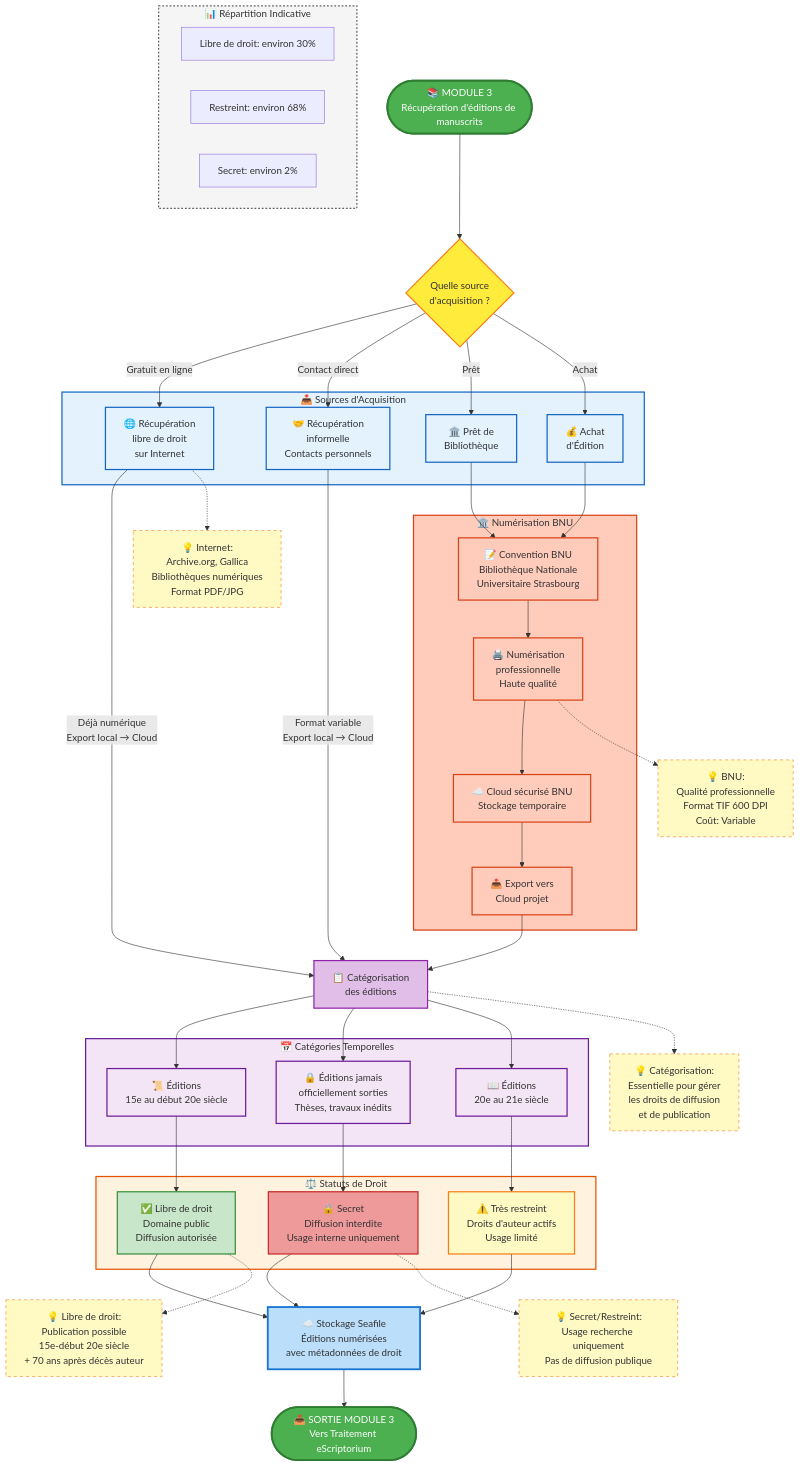
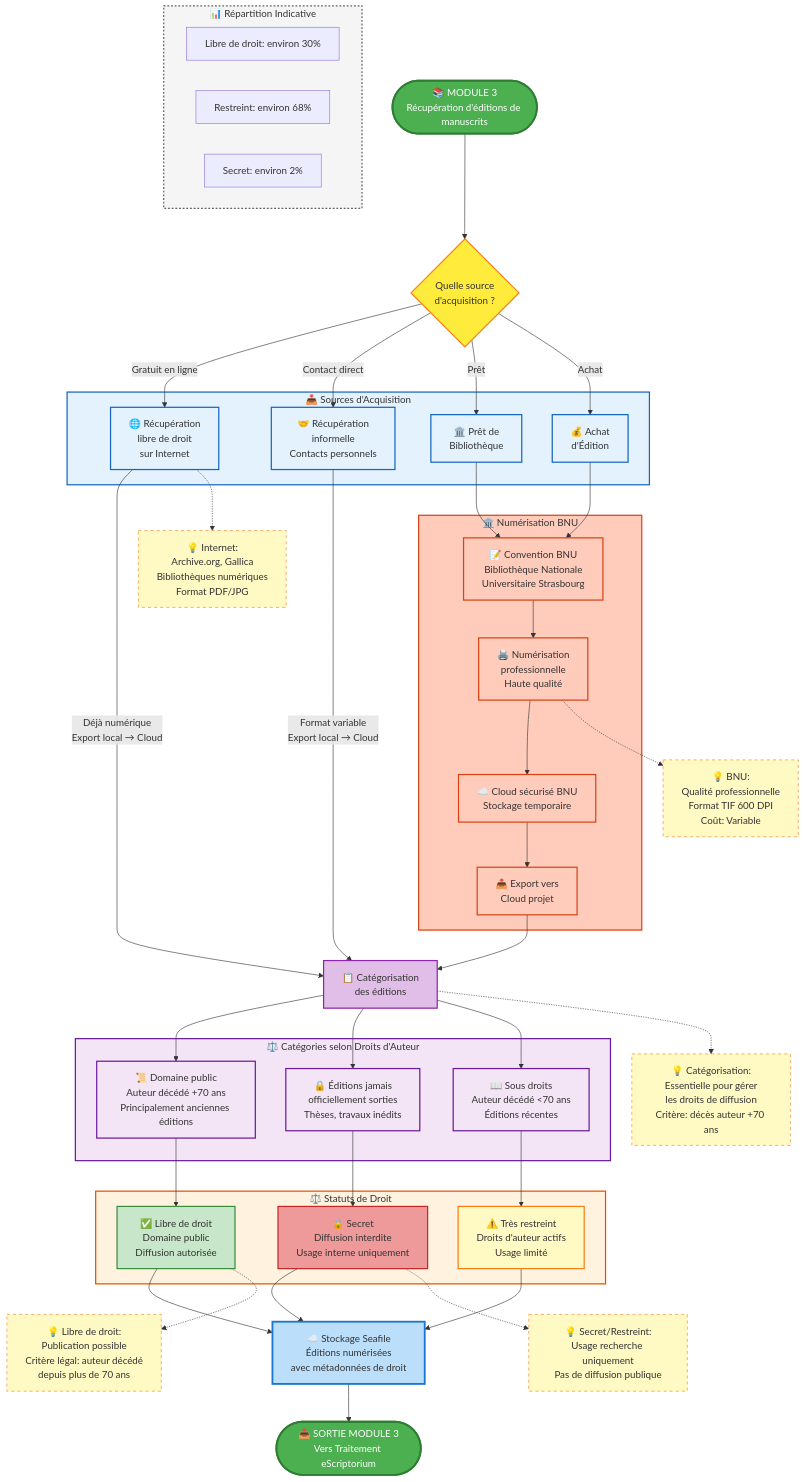
The diagram in Modules_projet/Module_3/flowchart-module3.mmd (TitouanCiSaMe/CiSaMe), drawn with Mermaid before and after one commit. The commit also changed 5 other files, not shown here.

```diff
--- a/Modules_projet/Module_3/flowchart-module3.mmd
+++ b/Modules_projet/Module_3/flowchart-module3.mmd
@@ -1,152 +1,152 @@
 flowchart TD
     %% ========================================
     %% MODULE 3 - RÉCUPÉRATION D'ÉDITIONS
     %% ========================================
 
     START([📚 MODULE 3<br/>Récupération d'éditions de manuscrits])
 
     %% ========================================
     %% DÉCISION PRINCIPALE
     %% ========================================
     DECISION{Quelle source<br/>d'acquisition ?}
 
     START --> DECISION
 
     %% ========================================
     %% SOURCES D'ACQUISITION
     %% ========================================
     subgraph SOURCES [📥 Sources d'Acquisition]
         LIBRE[🌐 Récupération<br/>libre de droit<br/>sur Internet]
         INFORMEL[🤝 Récupération<br/>informelle<br/>Contacts personnels]
         PRET[🏛️ Prêt de<br/>Bibliothèque]
         ACHAT[💰 Achat<br/>d'Édition]
     end
 
     DECISION -->|Gratuit en ligne| LIBRE
     DECISION -->|Contact direct| INFORMEL
     DECISION -->|Prêt| PRET
     DECISION -->|Achat| ACHAT
 
     %% ========================================
     %% NUMÉRISATION BNU
     %% ========================================
     subgraph BNU_FLOW [🏛️ Numérisation BNU]
         BNU_CONVENTION[📝 Convention BNU<br/>Bibliothèque Nationale<br/>Universitaire Strasbourg]
         BNU_SCAN[🖨️ Numérisation<br/>professionnelle<br/>Haute qualité]
         BNU_CLOUD[☁️ Cloud sécurisé BNU<br/>Stockage temporaire]
         BNU_EXPORT[📤 Export vers<br/>Cloud projet]
 
         BNU_CONVENTION --> BNU_SCAN
         BNU_SCAN --> BNU_CLOUD
         BNU_CLOUD --> BNU_EXPORT
     end
 
     %% ========================================
     %% CATÉGORISATION
     %% ========================================
     CATEGORISATION[📋 Catégorisation<br/>des éditions]
 
-    subgraph CATEGORIES [📅 Catégories Temporelles]
-        CAT_15_20[📜 Éditions<br/>15e au début 20e siècle]
+    subgraph CATEGORIES [⚖️ Catégories selon Droits d'Auteur]
+        CAT_15_20[📜 Domaine public<br/>Auteur décédé +70 ans<br/>Principalement anciennes éditions]
         CAT_JAMAIS[🔒 Éditions jamais<br/>officiellement sorties<br/>Thèses, travaux inédits]
-        CAT_20_21[📖 Éditions<br/>20e au 21e siècle]
+        CAT_20_21[📖 Sous droits<br/>Auteur décédé <70 ans<br/>Éditions récentes]
     end
 
     %% ========================================
     %% STATUTS DE DROIT
     %% ========================================
     subgraph DROITS [⚖️ Statuts de Droit]
         LIBRE_DROIT[✅ Libre de droit<br/>Domaine public<br/>Diffusion autorisée]
         SECRET[🔒 Secret<br/>Diffusion interdite<br/>Usage interne uniquement]
         RESTREINT[⚠️ Très restreint<br/>Droits d'auteur actifs<br/>Usage limité]
     end
 
     %% ========================================
     %% CONNEXIONS - SOURCES VERS NUMÉRISATION/CATÉGORISATION
     %% ========================================
     LIBRE -->|Déjà numérique<br/>Export local → Cloud| CATEGORISATION
     INFORMEL -->|Format variable<br/>Export local → Cloud| CATEGORISATION
     PRET --> BNU_CONVENTION
     ACHAT --> BNU_CONVENTION
     BNU_EXPORT --> CATEGORISATION
 
     %% ========================================
     %% CONNEXIONS - CATÉGORISATION VERS DROITS
     %% ========================================
     CATEGORISATION --> CAT_15_20
     CATEGORISATION --> CAT_JAMAIS
     CATEGORISATION --> CAT_20_21
 
     CAT_15_20 --> LIBRE_DROIT
     CAT_JAMAIS --> SECRET
     CAT_20_21 --> RESTREINT
 
     %% ========================================
     %% CONVERGENCE
     %% ========================================
     CONVERGENCE[☁️ Stockage Seafile<br/>Éditions numérisées<br/>avec métadonnées de droit]
 
     LIBRE_DROIT --> CONVERGENCE
     SECRET --> CONVERGENCE
     RESTREINT --> CONVERGENCE
 
     OUTPUT([📤 SORTIE MODULE 3<br/>Vers Traitement eScriptorium])
 
     CONVERGENCE --> OUTPUT
 
     %% ========================================
     %% ANNOTATIONS
     %% ========================================
     note1[💡 Internet:<br/>Archive.org, Gallica<br/>Bibliothèques numériques<br/>Format PDF/JPG]
     note2[💡 BNU:<br/>Qualité professionnelle<br/>Format TIF 600 DPI<br/>Coût: Variable]
-    note3[💡 Catégorisation:<br/>Essentielle pour gérer<br/>les droits de diffusion<br/>et de publication]
-    note4[💡 Libre de droit:<br/>Publication possible<br/>15e-début 20e siècle<br/>+ 70 ans après décès auteur]
+    note3[💡 Catégorisation:<br/>Essentielle pour gérer<br/>les droits de diffusion<br/>Critère: décès auteur +70 ans]
+    note4[💡 Libre de droit:<br/>Publication possible<br/>Critère légal: auteur décédé<br/>depuis plus de 70 ans]
     note5[💡 Secret/Restreint:<br/>Usage recherche uniquement<br/>Pas de diffusion publique]
 
     LIBRE -.-> note1
     BNU_SCAN -.-> note2
     CATEGORISATION -.-> note3
     LIBRE_DROIT -.-> note4
     SECRET -.-> note5
 
     %% ========================================
     %% STATISTIQUES
     %% ========================================
     subgraph STATS [📊 Répartition Indicative]
         S1[Libre de droit: environ 30%]
         S2[Restreint: environ 68%]
         S3[Secret: environ 2%]
     end
 
     %% ========================================
     %% STYLES
     %% ========================================
     classDef startEnd fill:#4caf50,stroke:#2e7d32,stroke-width:3px,color:#fff
     classDef decision fill:#ffeb3b,stroke:#f57f17,stroke-width:2px
     classDef source fill:#e3f2fd,stroke:#1565c0,stroke-width:2px
     classDef bnu fill:#ffccbc,stroke:#d84315,stroke-width:2px
     classDef categorisation fill:#e1bee7,stroke:#8e24aa,stroke-width:2px
     classDef categorie fill:#f3e5f5,stroke:#6a1b9a,stroke-width:2px
     classDef libreDroit fill:#c8e6c9,stroke:#388e3c,stroke-width:2px
     classDef secret fill:#ef9a9a,stroke:#c62828,stroke-width:2px
     classDef restreint fill:#fff9c4,stroke:#f57f17,stroke-width:2px
     classDef convergence fill:#bbdefb,stroke:#1976d2,stroke-width:3px
     classDef note fill:#fff9c4,stroke:#f57f17,stroke-width:1px,stroke-dasharray: 5 5
 
     class START,OUTPUT startEnd
     class DECISION decision
     class LIBRE,INFORMEL,PRET,ACHAT source
     class BNU_CONVENTION,BNU_SCAN,BNU_CLOUD,BNU_EXPORT bnu
     class CATEGORISATION categorisation
     class CAT_15_20,CAT_JAMAIS,CAT_20_21 categorie
     class LIBRE_DROIT libreDroit
     class SECRET secret
     class RESTREINT restreint
     class CONVERGENCE convergence
     class note1,note2,note3,note4,note5 note
 
     style SOURCES fill:#e3f2fd,stroke:#1565c0,stroke-width:2px
     style BNU_FLOW fill:#ffccbc,stroke:#d84315,stroke-width:2px
     style CATEGORIES fill:#f3e5f5,stroke:#6a1b9a,stroke-width:2px
     style DROITS fill:#fff3e0,stroke:#e65100,stroke-width:2px
     style STATS fill:#f5f5f5,stroke:#616161,stroke-width:2px,stroke-dasharray: 3 3
```
